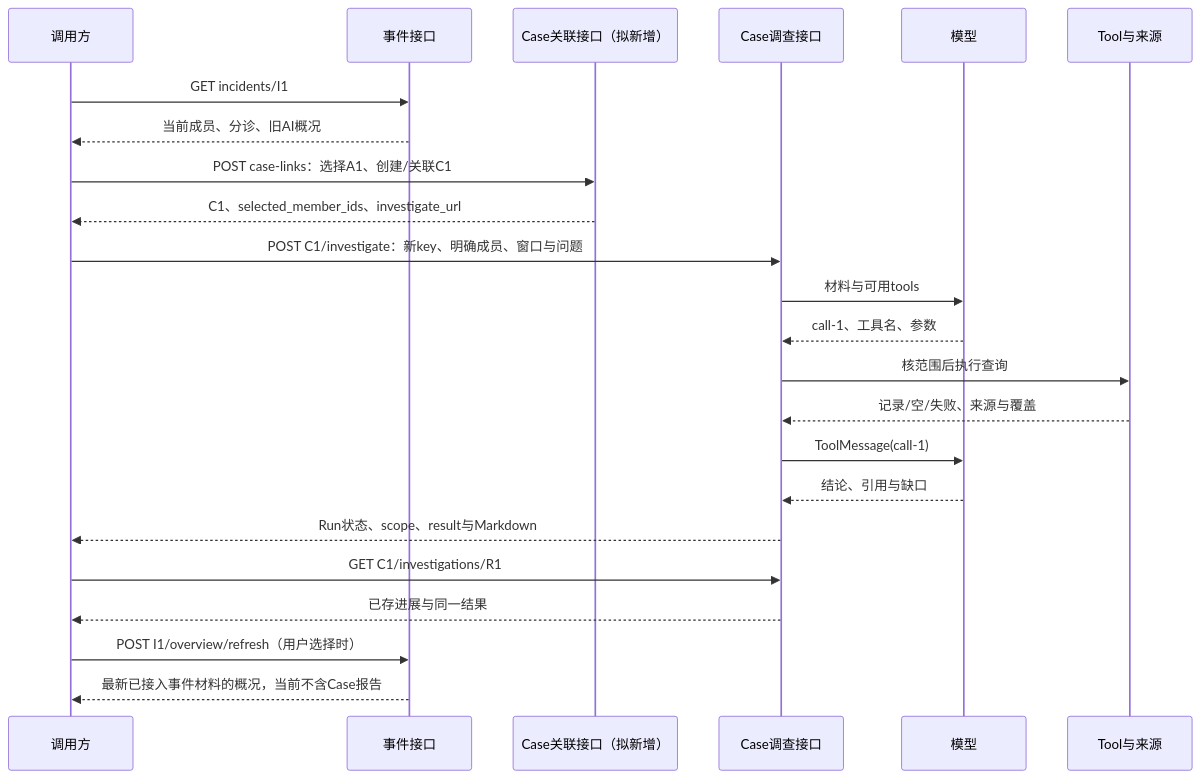
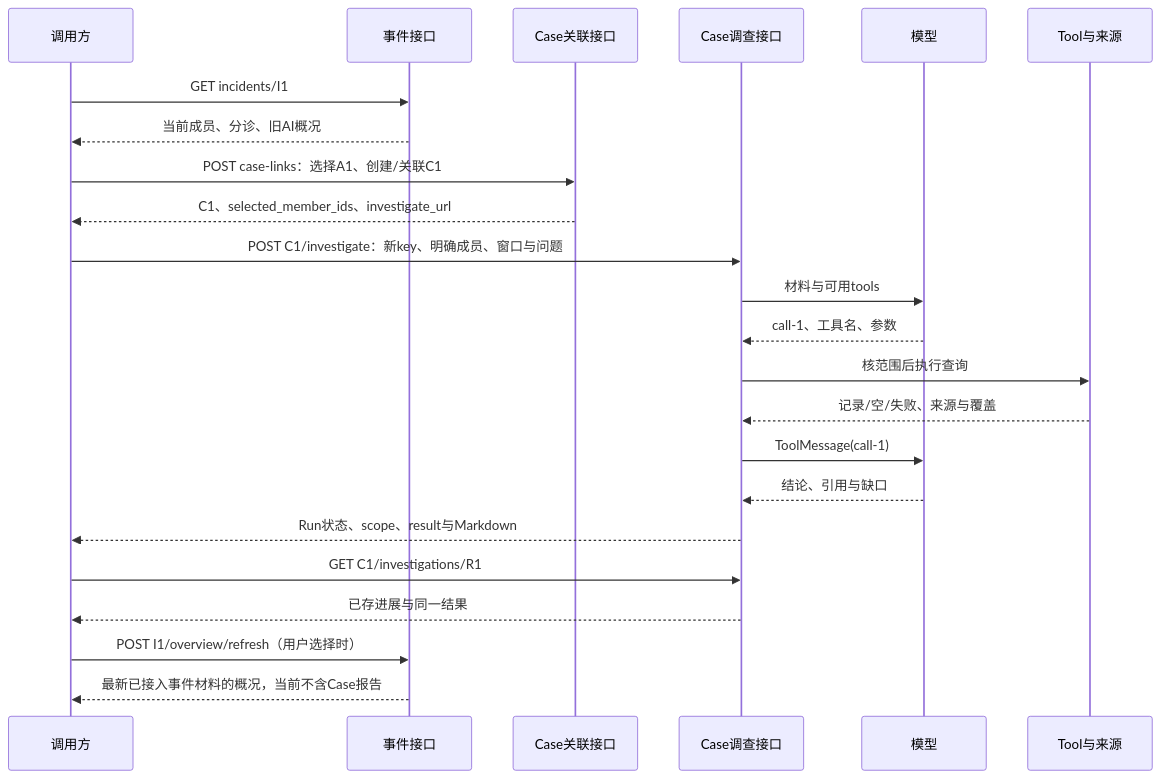
One commit to Dinines/socai2 changed the diagram in docs/investigation/interface-contracts-20261027.md. Above: the diagram before and after it, drawn with Mermaid. The commit also changed other lines of this file and 17 other files, not shown here.

````diff
--- a/docs/investigation/interface-contracts-20261027.md
+++ b/docs/investigation/interface-contracts-20261027.md
@@ -442,25 +444,25 @@
 ```mermaid
 sequenceDiagram
     participant U as 调用方
     participant I as 事件接口
-    participant C as Case关联接口（拟新增）
+    participant C as Case关联接口
     participant R as Case调查接口
     participant M as 模型
     participant T as Tool与来源
     U->>I: GET incidents/I1
     I-->>U: 当前成员、分诊、旧AI概况
     U->>C: POST case-links：选择A1、创建/关联C1
     C-->>U: C1、selected_member_ids、investigate_url
     U->>R: POST C1/investigate：新key、明确成员、窗口与问题
     R->>M: 材料与可用tools
     M-->>R: call-1、工具名、参数
     R->>T: 核范围后执行查询
     T-->>R: 记录/空/失败、来源与覆盖
     R->>M: ToolMessage(call-1)
     M-->>R: 结论、引用与缺口
     R-->>U: Run状态、scope、result与Markdown
     U->>R: GET C1/investigations/R1
     R-->>U: 已存进展与同一结果
     U->>I: POST I1/overview/refresh（用户选择时）
     I-->>U: 最新已接入事件材料的概况，当前不含Case报告
 ```
````
